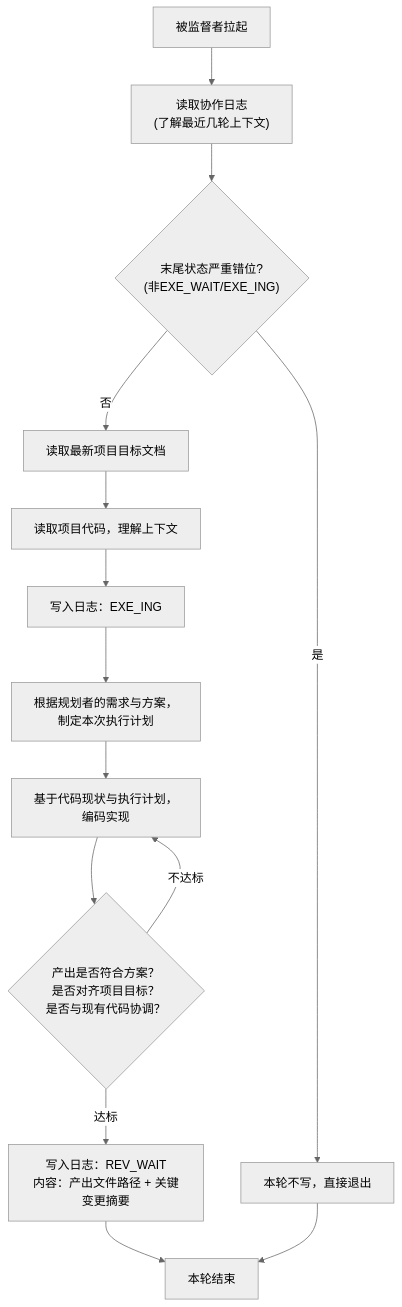
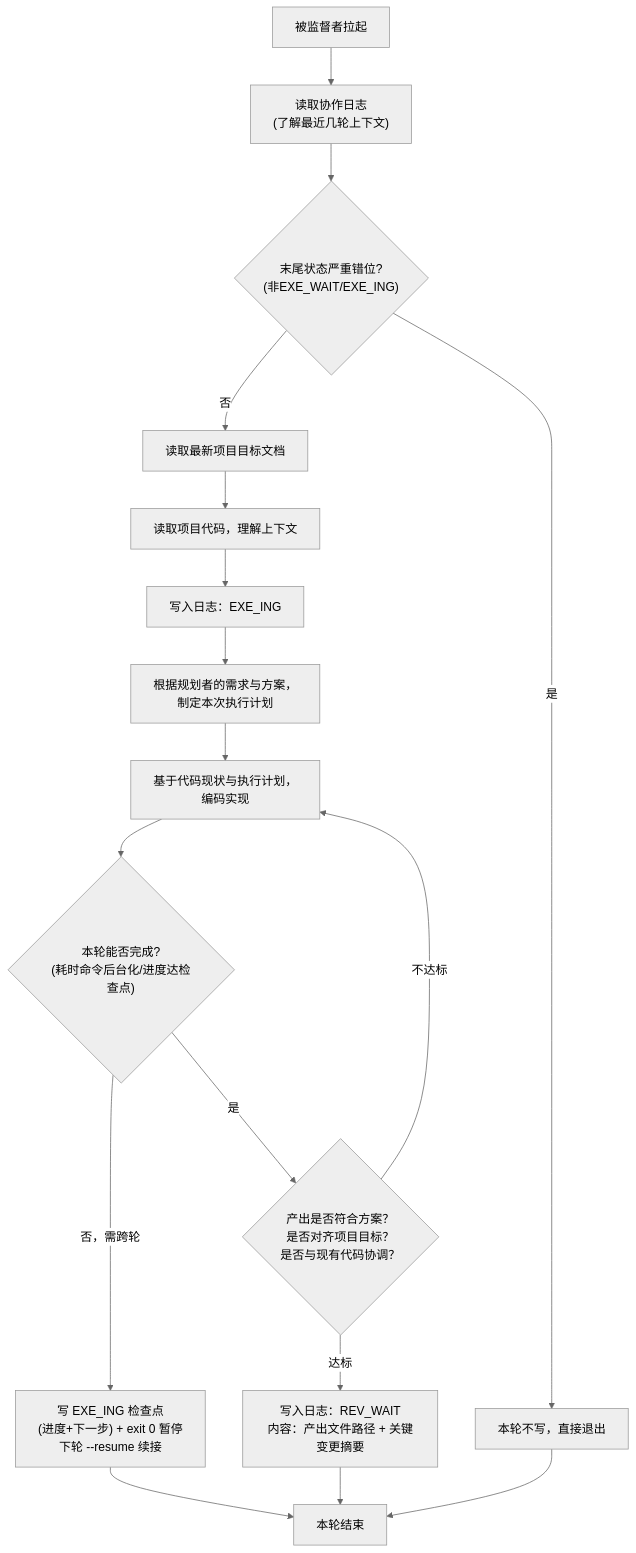
One commit to zhangzhanluo/pre-engineering changed the diagram in skills/pre-engineering/references/zh/执行者指导模板.md. Above: the diagram before and after it, drawn with Mermaid (neutral theme). The commit also changed other lines of this file and 9 other files, not shown here.

````diff
--- a/skills/pre-engineering/references/zh/执行者指导模板.md
+++ b/skills/pre-engineering/references/zh/执行者指导模板.md
@@ -31,16 +31,19 @@
 ```mermaid
 flowchart TD
     Start["被监督者拉起"] --> ReadLog["读取协作日志<br/>(了解最近几轮上下文)"]
     ReadLog --> Check{"末尾状态严重错位?<br/>(非EXE_WAIT/EXE_ING)"}
     Check -->|是| Exit["本轮不写，直接退出"]
     Check -->|否| ReadGoal["读取最新项目目标文档"]
     ReadGoal --> ReadCode["读取项目代码，理解上下文"]
     ReadCode --> Begin["写入日志：EXE_ING"]
     Begin --> PlanExec["根据规划者的需求与方案，<br/>制定本次执行计划"]
     PlanExec --> Implement["基于代码现状与执行计划，<br/>编码实现"]
-    Implement --> SelfCheck{"产出是否符合方案？<br/>是否对齐项目目标？<br/>是否与现有代码协调？"}
+    Implement --> CanDone{"本轮能否完成?<br/>(耗时命令后台化/进度达检查点)"}
+    CanDone -->|否，需跨轮| Checkpoint["写 EXE_ING 检查点<br/>(进度+下一步) + exit 0 暂停<br/>下轮 --resume 续接"]
+    CanDone -->|是| SelfCheck{"产出是否符合方案？<br/>是否对齐项目目标？<br/>是否与现有代码协调？"}
     SelfCheck -->|不达标| Implement
     SelfCheck -->|达标| Write["写入日志：REV_WAIT<br/>内容：产出文件路径 + 关键变更摘要"]
-    Write --> End["本轮结束"]
+    Checkpoint --> End["本轮结束"]
+    Write --> End
     Exit --> End
 ```
````
